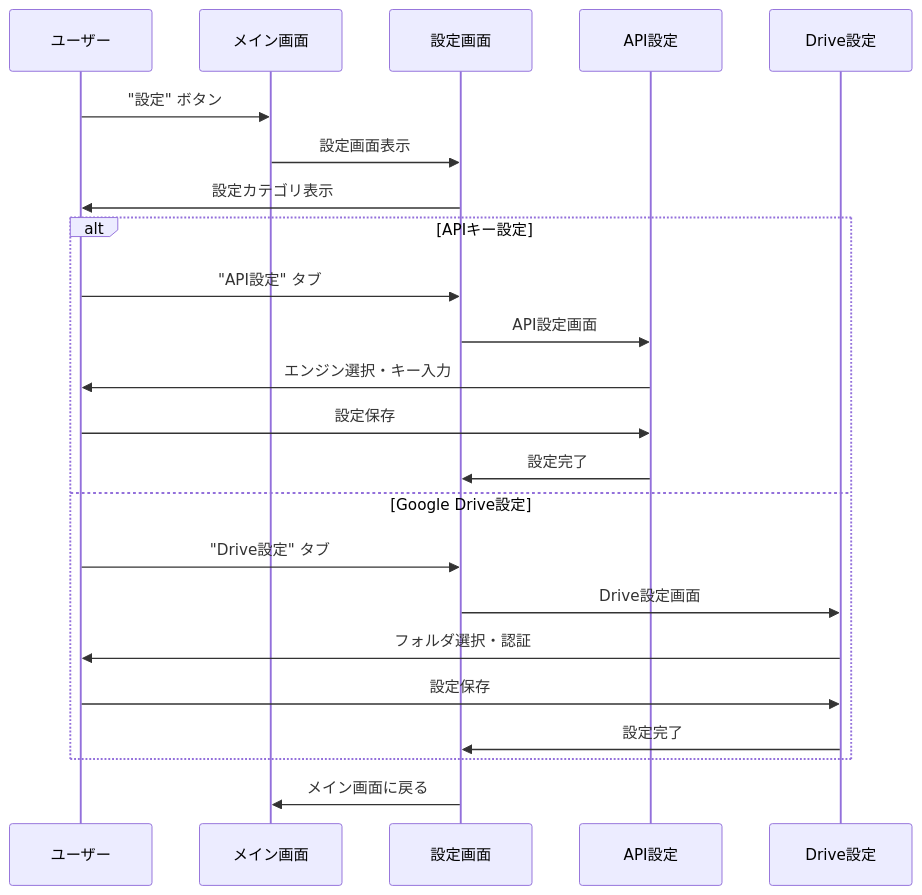
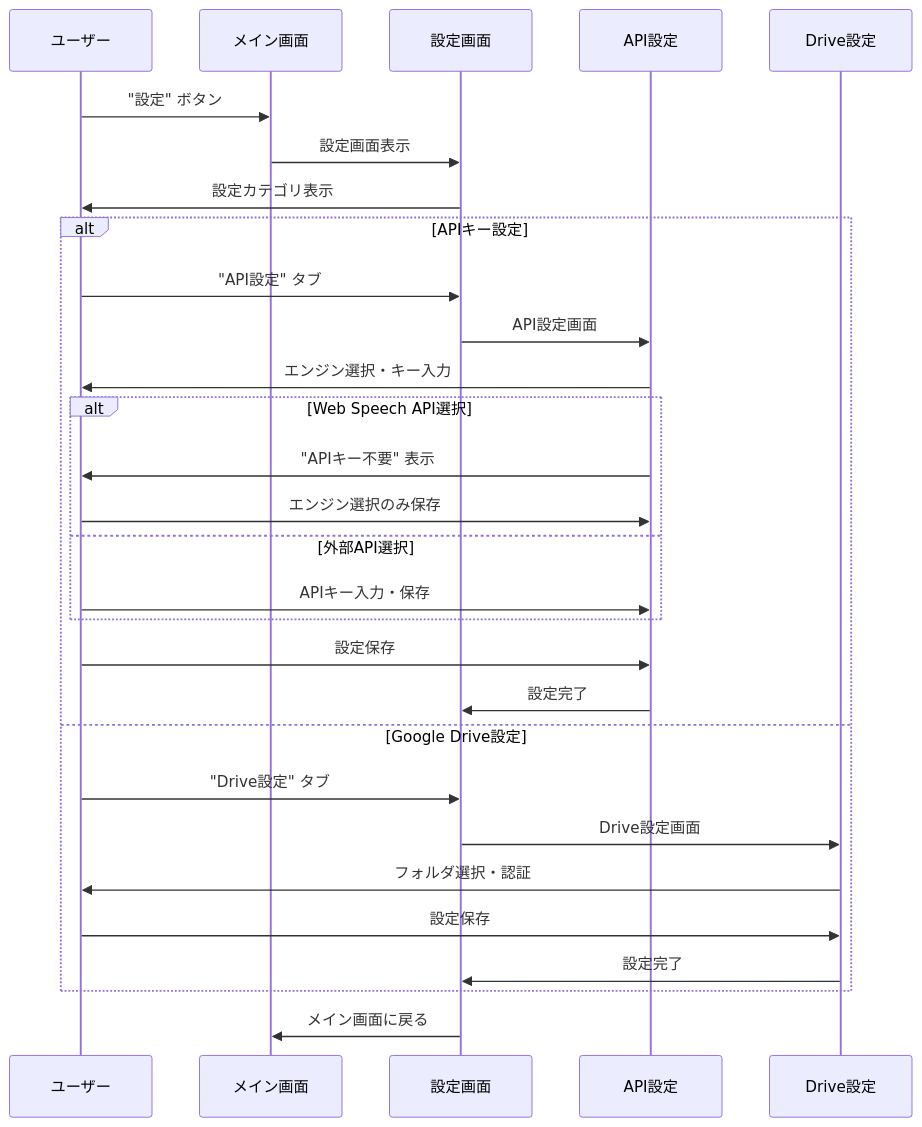
One commit to tatsuyamiyazaki/video-transcription-chrome-extension changed the fourth of 8 diagrams in docs/ui-flow.md. Above: the diagram before and after it, drawn with Mermaid. The commit also changed other lines of this file and 5 other files, not shown here.

Commit message:
Web Speech APIを追加したため、ドキュメントを更新

````diff
--- a/docs/ui-flow.md
+++ b/docs/ui-flow.md
@@ -85,28 +90,35 @@
 ```mermaid
 sequenceDiagram
     participant User as ユーザー
     participant Main as メイン画面
     participant Settings as 設定画面
     participant API as API設定
     participant Drive as Drive設定
     
     User->>Main: "設定" ボタン
     Main->>Settings: 設定画面表示
     Settings->>User: 設定カテゴリ表示
-    
-    alt APIキー設定
+      alt APIキー設定
         User->>Settings: "API設定" タブ
         Settings->>API: API設定画面
         API->>User: エンジン選択・キー入力
+        
+        alt Web Speech API選択
+            API->>User: "APIキー不要" 表示
+            User->>API: エンジン選択のみ保存
+        else 外部API選択
+            User->>API: APIキー入力・保存
+        end
+        
         User->>API: 設定保存
         API->>Settings: 設定完了
     else Google Drive設定
         User->>Settings: "Drive設定" タブ
         Settings->>Drive: Drive設定画面
         Drive->>User: フォルダ選択・認証
         User->>Drive: 設定保存
         Drive->>Settings: 設定完了
     end
     
     Settings->>Main: メイン画面に戻る
 ```
````
